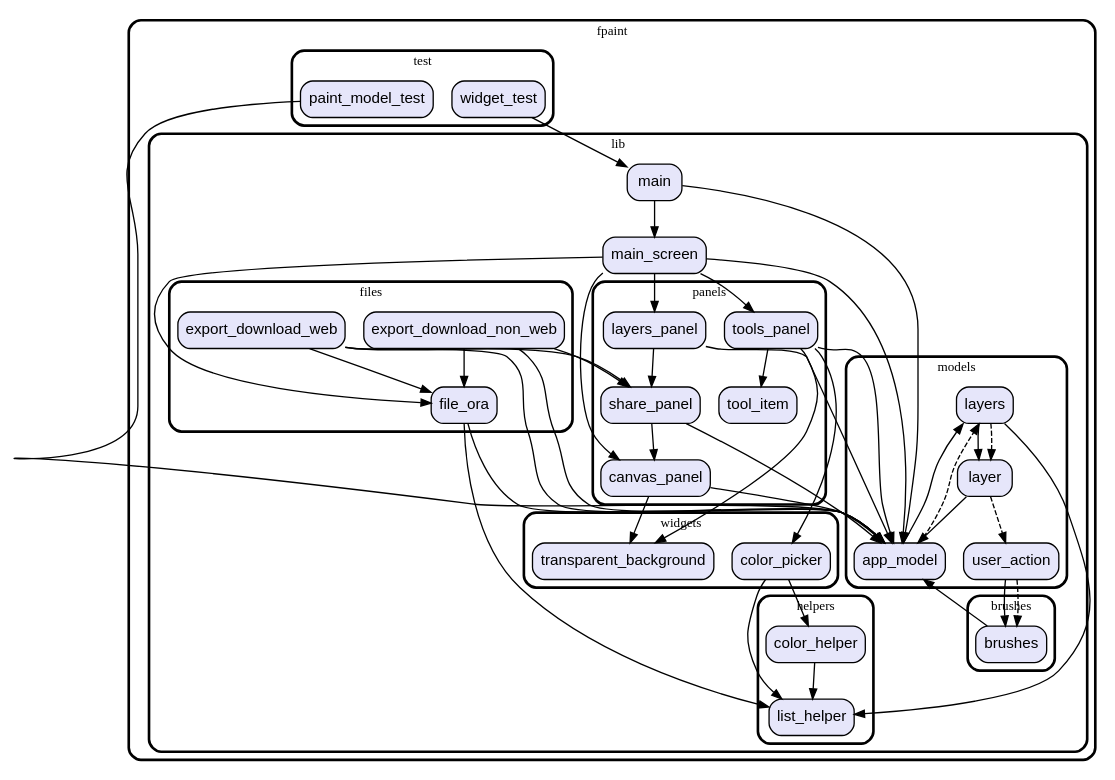
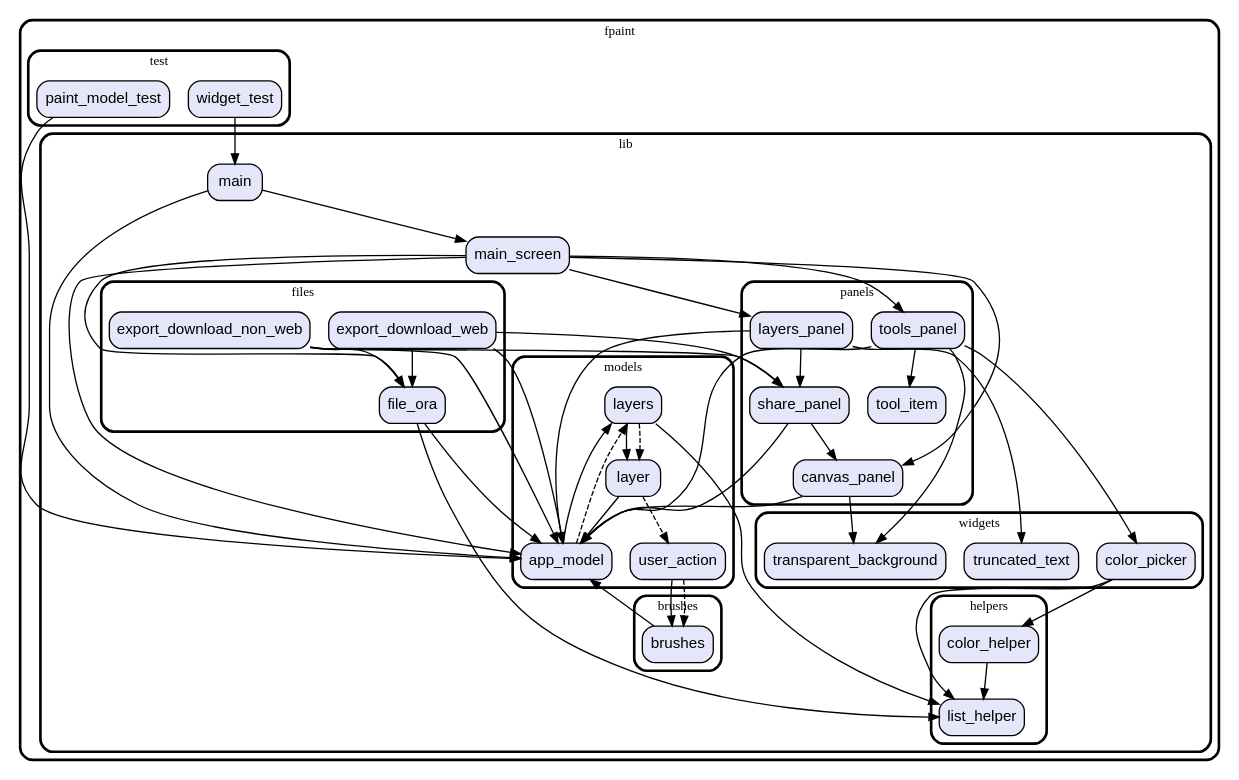
One commit to vteam-com/fPaint changed the diagram in graph.dot. Above: the diagram before and after it, drawn with Graphviz. The commit also changed 3 other files, not shown here.

```diff
--- a/graph.dot
+++ b/graph.dot
@@ -1,114 +1,117 @@
 digraph "" {
   graph [style=rounded fontname="Arial Black" fontsize=13 penwidth=2.6];
   node [shape=rect style="filled,rounded" fontname=Arial fontsize=15 fillcolor=Lavender penwidth=1.3];
   edge [penwidth=1.3];
   "/test/paint_model_test.dart" [label="paint_model_test"];
   "/test/widget_test.dart" [label="widget_test"];
   "/lib/brushes/brushes.dart" [label="brushes"];
   "/lib/panels/canvas_panel.dart" [label="canvas_panel"];
   "/lib/panels/tool_item.dart" [label="tool_item"];
   "/lib/panels/share_panel.dart" [label="share_panel"];
   "/lib/panels/tools_panel.dart" [label="tools_panel"];
   "/lib/panels/layers_panel.dart" [label="layers_panel"];
   "/lib/models/layers.dart" [label="layers"];
   "/lib/models/user_action.dart" [label="user_action"];
   "/lib/models/app_model.dart" [label="app_model"];
   "/lib/models/layer.dart" [label="layer"];
   "/lib/main.dart" [label="main"];
   "/lib/files/export_download_web.dart" [label="export_download_web"];
   "/lib/files/file_ora.dart" [label="file_ora"];
   "/lib/files/export_download_non_web.dart" [label="export_download_non_web"];
   "/lib/main_screen.dart" [label="main_screen"];
   "/lib/helpers/list_helper.dart" [label="list_helper"];
   "/lib/helpers/color_helper.dart" [label="color_helper"];
+  "/lib/widgets/truncated_text.dart" [label="truncated_text"];
   "/lib/widgets/transparent_background.dart" [label="transparent_background"];
   "/lib/widgets/color_picker.dart" [label="color_picker"];
   subgraph "cluster~" {
     label="fpaint";
     subgraph "cluster~/test" {
       label="test";
       "/test/paint_model_test.dart";
       "/test/widget_test.dart";
     }
     subgraph "cluster~/lib" {
       label="lib";
       "/lib/main.dart";
       "/lib/main_screen.dart";
       subgraph "cluster~/lib/brushes" {
         label="brushes";
         "/lib/brushes/brushes.dart";
       }
       subgraph "cluster~/lib/panels" {
         label="panels";
         "/lib/panels/canvas_panel.dart";
         "/lib/panels/tool_item.dart";
         "/lib/panels/share_panel.dart";
         "/lib/panels/tools_panel.dart";
         "/lib/panels/layers_panel.dart";
       }
       subgraph "cluster~/lib/models" {
         label="models";
         "/lib/models/layers.dart";
         "/lib/models/user_action.dart";
         "/lib/models/app_model.dart";
         "/lib/models/layer.dart";
       }
       subgraph "cluster~/lib/files" {
         label="files";
         "/lib/files/export_download_web.dart";
         "/lib/files/file_ora.dart";
         "/lib/files/export_download_non_web.dart";
       }
       subgraph "cluster~/lib/helpers" {
         label="helpers";
         "/lib/helpers/list_helper.dart";
         "/lib/helpers/color_helper.dart";
       }
       subgraph "cluster~/lib/widgets" {
         label="widgets";
+        "/lib/widgets/truncated_text.dart";
         "/lib/widgets/transparent_background.dart";
         "/lib/widgets/color_picker.dart";
       }
     }
   }
   "/test/paint_model_test.dart" -> "/lib/models/app_model.dart";
   "/test/widget_test.dart" -> "/lib/main.dart";
   "/lib/brushes/brushes.dart" -> "/lib/models/app_model.dart";
   "/lib/panels/canvas_panel.dart" -> "/lib/widgets/transparent_background.dart";
   "/lib/panels/canvas_panel.dart" -> "/lib/models/app_model.dart";
   "/lib/panels/share_panel.dart" -> "/lib/models/app_model.dart";
   "/lib/panels/share_panel.dart" -> "/lib/panels/canvas_panel.dart";
   "/lib/panels/tools_panel.dart" -> "/lib/models/app_model.dart";
   "/lib/panels/tools_panel.dart" -> "/lib/panels/tool_item.dart";
   "/lib/panels/tools_panel.dart" -> "/lib/widgets/color_picker.dart";
   "/lib/panels/tools_panel.dart" -> "/lib/widgets/transparent_background.dart";
   "/lib/panels/layers_panel.dart" -> "/lib/models/app_model.dart";
   "/lib/panels/layers_panel.dart" -> "/lib/panels/share_panel.dart";
+  "/lib/panels/layers_panel.dart" -> "/lib/widgets/truncated_text.dart";
   "/lib/models/layers.dart" -> "/lib/helpers/list_helper.dart";
   "/lib/models/layers.dart" -> "/lib/models/layer.dart";
   "/lib/models/layers.dart" -> "/lib/models/layer.dart" [style=dashed];
   "/lib/models/user_action.dart" -> "/lib/brushes/brushes.dart";
   "/lib/models/user_action.dart" -> "/lib/brushes/brushes.dart" [style=dashed];
   "/lib/models/app_model.dart" -> "/lib/models/layers.dart";
   "/lib/models/app_model.dart" -> "/lib/models/layers.dart" [style=dashed];
   "/lib/models/layer.dart" -> "/lib/models/app_model.dart";
   "/lib/models/layer.dart" -> "/lib/models/user_action.dart" [style=dashed];
   "/lib/main.dart" -> "/lib/main_screen.dart";
   "/lib/main.dart" -> "/lib/models/app_model.dart";
   "/lib/files/export_download_web.dart" -> "/lib/files/file_ora.dart";
   "/lib/files/export_download_web.dart" -> "/lib/models/app_model.dart";
   "/lib/files/export_download_web.dart" -> "/lib/panels/share_panel.dart";
   "/lib/files/file_ora.dart" -> "/lib/helpers/list_helper.dart";
   "/lib/files/file_ora.dart" -> "/lib/models/app_model.dart";
   "/lib/files/export_download_non_web.dart" -> "/lib/files/file_ora.dart";
   "/lib/files/export_download_non_web.dart" -> "/lib/models/app_model.dart";
   "/lib/files/export_download_non_web.dart" -> "/lib/panels/share_panel.dart";
   "/lib/main_screen.dart" -> "/lib/files/file_ora.dart";
   "/lib/main_screen.dart" -> "/lib/panels/canvas_panel.dart";
   "/lib/main_screen.dart" -> "/lib/panels/layers_panel.dart";
   "/lib/main_screen.dart" -> "/lib/panels/tools_panel.dart";
   "/lib/main_screen.dart" -> "/lib/models/app_model.dart";
   "/lib/helpers/color_helper.dart" -> "/lib/helpers/list_helper.dart";
   "/lib/widgets/color_picker.dart" -> "/lib/helpers/color_helper.dart";
   "/lib/widgets/color_picker.dart" -> "/lib/helpers/list_helper.dart";
 }
```
